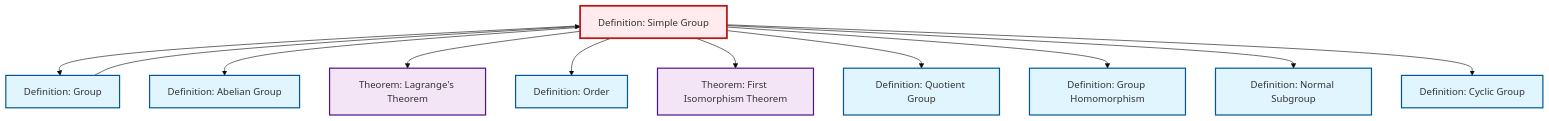
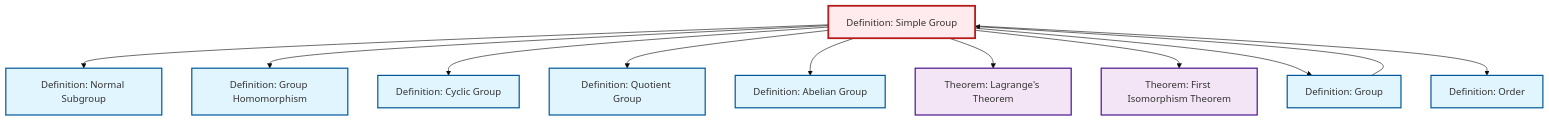
Before and after one commit to RK0429/ModernMath: the diagram in content/en/algebra/def-simple-group.qmd, drawn with Mermaid (base theme). The commit also changed other lines of this file and 597 other files, not shown here.

````diff
--- a/content/en/algebra/def-simple-group.qmd
+++ b/content/en/algebra/def-simple-group.qmd
@@ -96,39 +96,39 @@
 ```{mermaid}
 %%| fig-cap: "Local dependency graph"
 graph TD
     classDef definition fill:#e1f5fe,stroke:#01579b,stroke-width:2px
     classDef theorem fill:#f3e5f5,stroke:#4a148c,stroke-width:2px
     classDef axiom fill:#fff3e0,stroke:#e65100,stroke-width:2px
     classDef example fill:#e8f5e9,stroke:#1b5e20,stroke-width:2px
     classDef current fill:#ffebee,stroke:#b71c1c,stroke-width:3px
+    thm-lagrange["Theorem: Lagrange's Theorem"]:::theorem
+    def-cyclic-group["Definition: Cyclic Group"]:::definition
+    def-order["Definition: Order"]:::definition
     def-simple-group["Definition: Simple Group"]:::definition
-    def-order["Definition: Order"]:::definition
-    def-quotient-group["Definition: Quotient Group"]:::definition
-    thm-lagrange["Theorem: Lagrange's Theorem"]:::theorem
-    def-abelian-group["Definition: Abelian Group"]:::definition
-    def-cyclic-group["Definition: Cyclic Group"]:::definition
-    def-group["Definition: Group"]:::definition
-    thm-first-isomorphism["Theorem: First Isomorphism Theorem"]:::theorem
     def-homomorphism["Definition: Group Homomorphism"]:::definition
     def-normal-subgroup["Definition: Normal Subgroup"]:::definition
-    def-simple-group --> def-group
+    def-quotient-group["Definition: Quotient Group"]:::definition
+    def-abelian-group["Definition: Abelian Group"]:::definition
+    thm-first-isomorphism["Theorem: First Isomorphism Theorem"]:::theorem
+    def-group["Definition: Group"]:::definition
+    def-simple-group --> def-normal-subgroup
+    def-simple-group --> def-homomorphism
+    def-simple-group --> def-cyclic-group
+    def-simple-group --> def-quotient-group
     def-simple-group --> def-abelian-group
     def-simple-group --> thm-lagrange
+    def-simple-group --> thm-first-isomorphism
+    def-simple-group --> def-group
+    def-group --> def-simple-group
     def-simple-group --> def-order
-    def-simple-group --> thm-first-isomorphism
-    def-simple-group --> def-quotient-group
-    def-simple-group --> def-homomorphism
-    def-simple-group --> def-normal-subgroup
-    def-group --> def-simple-group
-    def-simple-group --> def-cyclic-group
     class def-simple-group current
+    click thm-lagrange "thm-lagrange.html" "Go to Lagrange's Theorem theorem"
+    click def-cyclic-group "def-cyclic-group.html" "Go to Cyclic Group definition"
     click def-order "def-order.html" "Go to Order definition"
-    click def-quotient-group "def-quotient-group.html" "Go to Quotient Group definition"
-    click thm-lagrange "thm-lagrange.html" "Go to Lagrange's Theorem theorem"
-    click def-abelian-group "def-abelian-group.html" "Go to Abelian Group definition"
-    click def-cyclic-group "def-cyclic-group.html" "Go to Cyclic Group definition"
-    click def-group "def-group.html" "Go to Group definition"
-    click thm-first-isomorphism "thm-first-isomorphism.html" "Go to First Isomorphism Theorem theorem"
     click def-homomorphism "def-homomorphism.html" "Go to Group Homomorphism definition"
     click def-normal-subgroup "def-normal-subgroup.html" "Go to Normal Subgroup definition"
+    click def-quotient-group "def-quotient-group.html" "Go to Quotient Group definition"
+    click def-abelian-group "def-abelian-group.html" "Go to Abelian Group definition"
+    click thm-first-isomorphism "thm-first-isomorphism.html" "Go to First Isomorphism Theorem theorem"
+    click def-group "def-group.html" "Go to Group definition"
 ```
````
